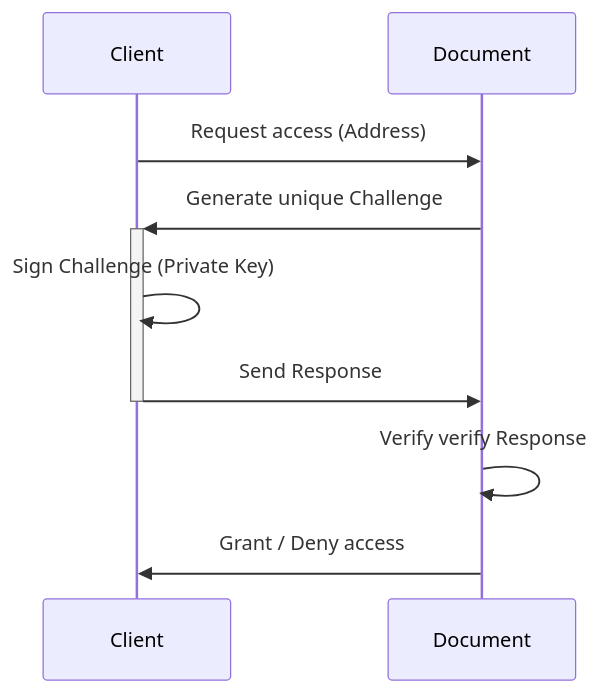
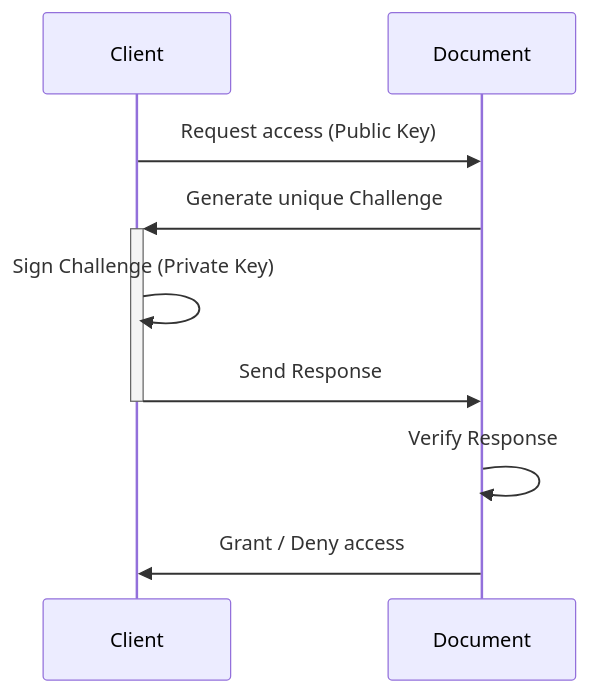
One commit to maxscharwath/describble changed the diagram in packages/ddap/README.md. Above: the diagram before and after it, drawn with Mermaid. The commit also changed other lines of this file and 19 other files, not shown here.

````diff
--- a/packages/ddap/README.md
+++ b/packages/ddap/README.md
@@ -20,12 +19,12 @@
 ```mermaid
 sequenceDiagram
     participant Client as Client
     participant Document as Document
 
-    Client->>Document: Request access (Address)
+    Client->>Document: Request access (Public Key)
     Document->>+Client: Generate unique Challenge
     Client->>Client: Sign Challenge (Private Key)
     Client->>-Document: Send Response
-    Document->>Document: Verify verify Response
+    Document->>Document: Verify Response
     Document->>Client: Grant / Deny access
 ```
````
